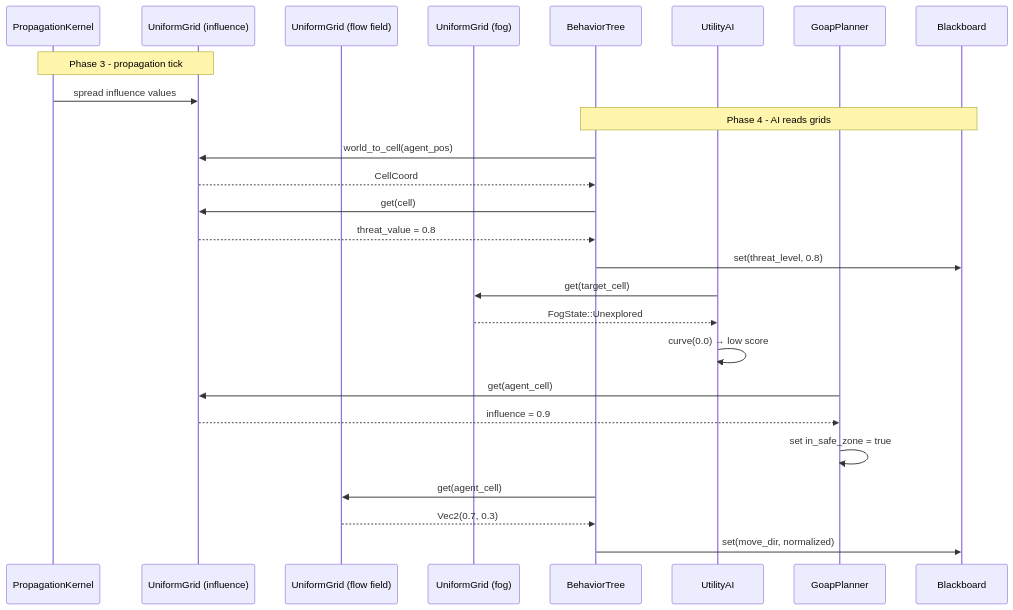
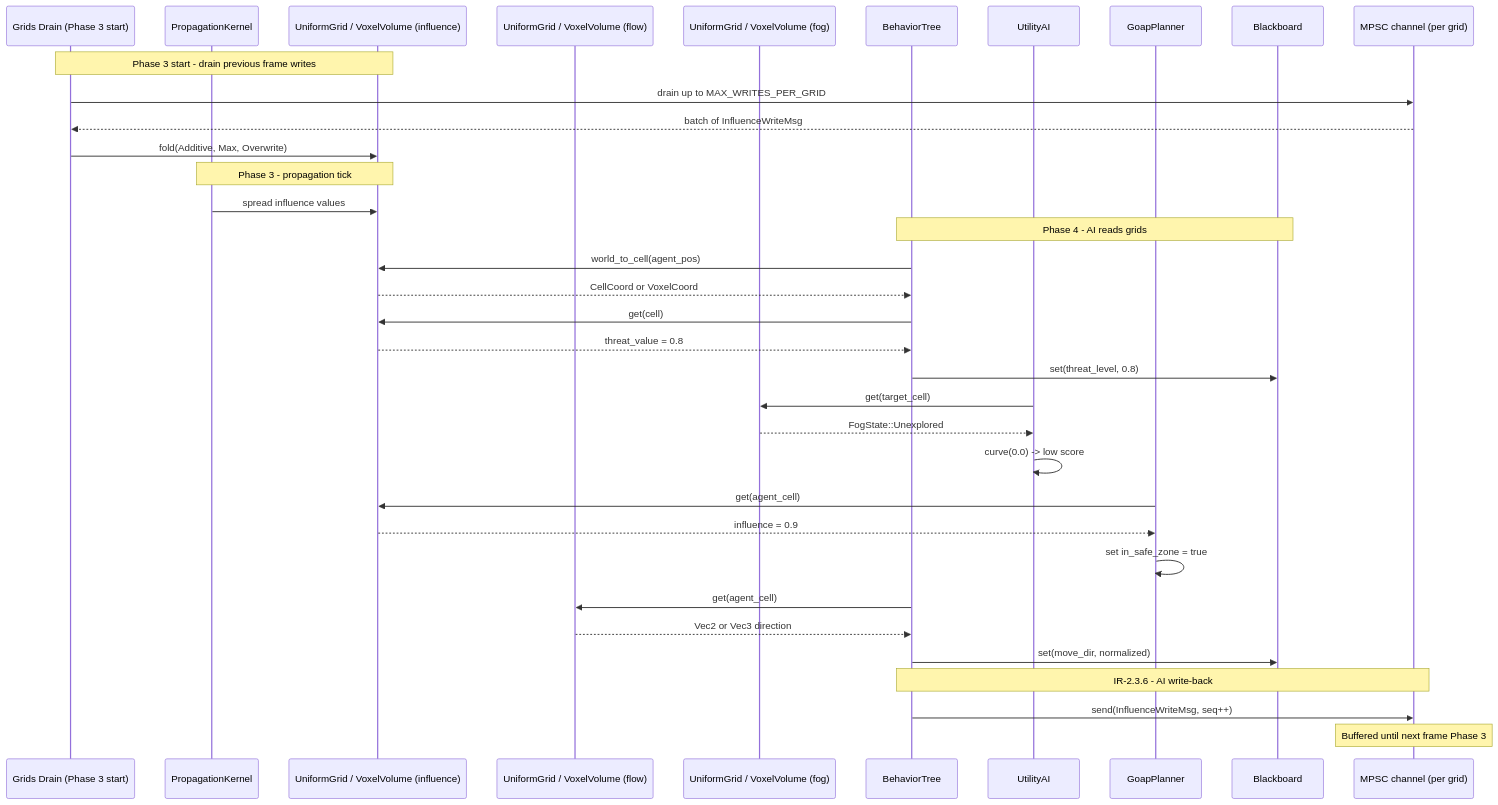
Before and after one commit to harmonius-dev/harmonius: the second of 2 diagrams in docs/design/integration/ai-grids-volumes.md, drawn with Mermaid. The commit also changed other lines of this file and 109 other files, not shown here.

````diff
--- a/docs/design/integration/ai-grids-volumes.md
+++ b/docs/design/integration/ai-grids-volumes.md
@@ -129,33 +373,43 @@
 ```mermaid
 sequenceDiagram
+    participant DR as Grids Drain (Phase 3 start)
     participant PK as PropagationKernel
-    participant IG as UniformGrid (influence)
-    participant FG as UniformGrid (flow field)
-    participant FW as UniformGrid (fog)
+    participant IG as UniformGrid / VoxelVolume (influence)
+    participant FG as UniformGrid / VoxelVolume (flow)
+    participant FW as UniformGrid / VoxelVolume (fog)
     participant BT as BehaviorTree
     participant UA as UtilityAI
     participant GP as GoapPlanner
     participant BB as Blackboard
+    participant CH as MPSC channel (per grid)
 
+    Note over DR,IG: Phase 3 start - drain previous frame writes
+    DR->>CH: drain up to MAX_WRITES_PER_GRID
+    CH-->>DR: batch of InfluenceWriteMsg
+    DR->>IG: fold(Additive, Max, Overwrite)
     Note over PK,IG: Phase 3 - propagation tick
     PK->>IG: spread influence values
 
     Note over BT,BB: Phase 4 - AI reads grids
     BT->>IG: world_to_cell(agent_pos)
-    IG-->>BT: CellCoord
+    IG-->>BT: CellCoord or VoxelCoord
     BT->>IG: get(cell)
     IG-->>BT: threat_value = 0.8
     BT->>BB: set(threat_level, 0.8)
 
     UA->>FW: get(target_cell)
     FW-->>UA: FogState::Unexplored
-    UA->>UA: curve(0.0) → low score
+    UA->>UA: curve(0.0) -> low score
 
     GP->>IG: get(agent_cell)
     IG-->>GP: influence = 0.9
     GP->>GP: set in_safe_zone = true
 
     BT->>FG: get(agent_cell)
-    FG-->>BT: Vec2(0.7, 0.3)
+    FG-->>BT: Vec2 or Vec3 direction
     BT->>BB: set(move_dir, normalized)
+
+    Note over BT,CH: IR-2.3.6 - AI write-back
+    BT->>CH: send(InfluenceWriteMsg, seq++)
+    Note over CH: Buffered until next frame Phase 3
 ```
````
